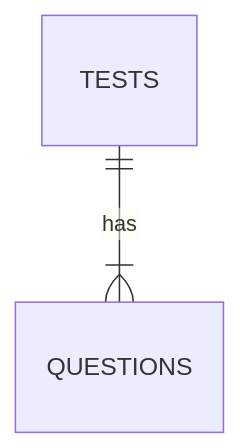
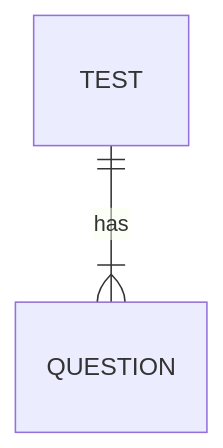
The second of 8 diagrams in README.md (mrxsierra/ems-db), drawn with Mermaid before and after one commit. The commit also changed other lines of this file and 11 other files, not shown here.

````diff
--- a/README.md
+++ b/README.md
@@ -20,4 +25,4 @@
 ```mermaid
 erDiagram
-    TESTS ||--|{ QUESTIONS : "has"
+    TEST ||--|{ QUESTION : "has"
 ```
````
